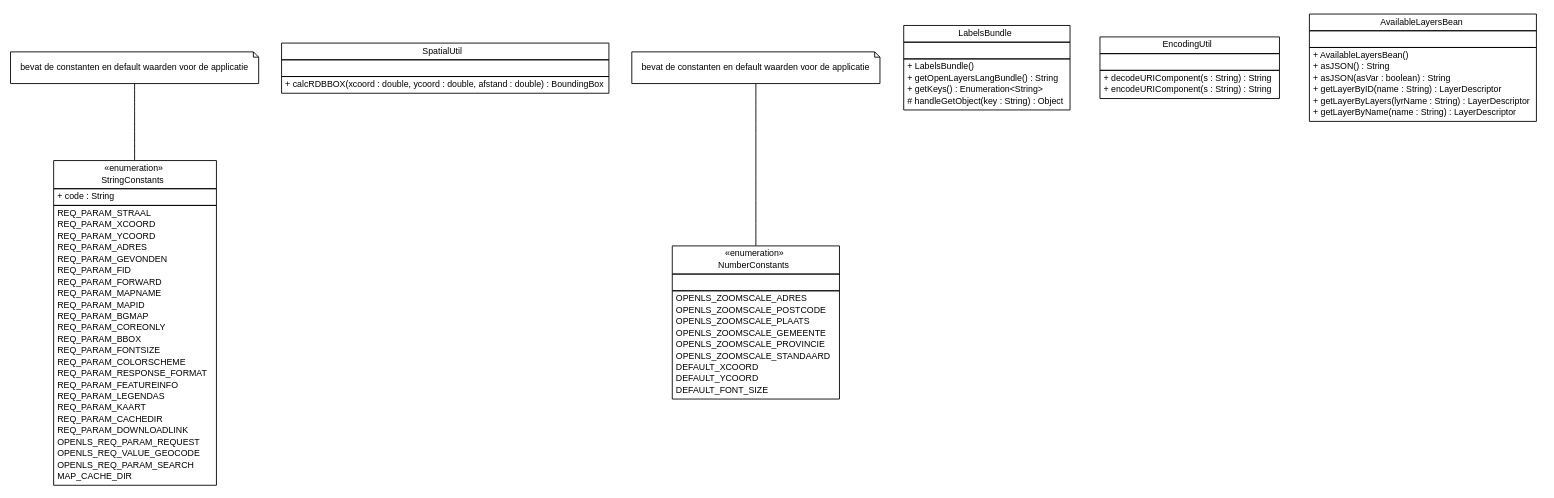
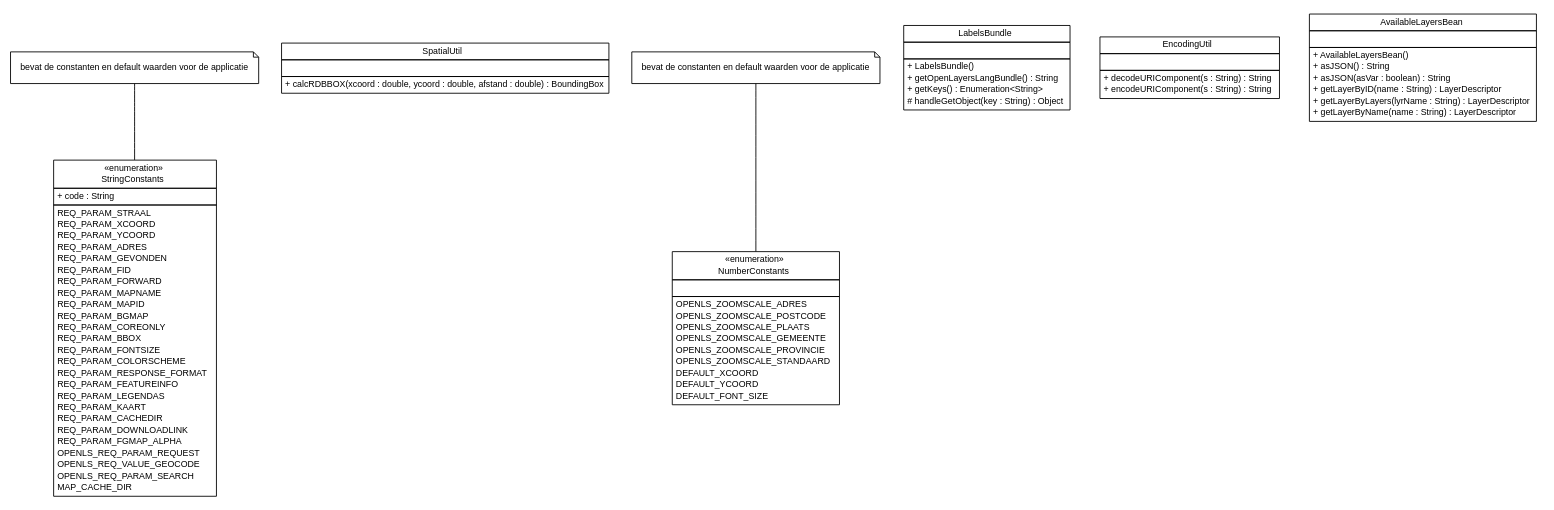
The diagram in apidocs/nl/mineleni/cbsviewer/util/nl.mineleni.cbsviewer.util.dot (MinELenI/CBSviewer), drawn with Graphviz before and after one commit. The commit also changed 461 other files, not shown here.

```diff
--- a/apidocs/nl/mineleni/cbsviewer/util/nl.mineleni.cbsviewer.util.dot
+++ b/apidocs/nl/mineleni/cbsviewer/util/nl.mineleni.cbsviewer.util.dot
@@ -1,140 +1,141 @@
 #!/usr/local/bin/dot
 #
 # Class diagram 
 # Generated by UMLGraph version R5_6 (http://www.umlgraph.org/)
 #
 
 digraph G {
 	edge [fontname="arial",fontsize=10,labelfontname="arial",labelfontsize=10];
 	node [fontname="arial",fontsize=10,shape=plaintext];
 	nodesep=0.25;
 	ranksep=0.5;
 	// nl.mineleni.cbsviewer.util.StringConstants
 	c533 [label=<<table title="nl.mineleni.cbsviewer.util.StringConstants" border="0" cellborder="1" cellspacing="0" cellpadding="2" port="p" href="./StringConstants.html">
 		<tr><td><table border="0" cellspacing="0" cellpadding="1">
 <tr><td align="center" balign="center"> &#171;enumeration&#187; </td></tr>
 <tr><td align="center" balign="center"> StringConstants </td></tr>
 		</table></td></tr>
 		<tr><td><table border="0" cellspacing="0" cellpadding="1">
 <tr><td align="left" balign="left"> + code : String </td></tr>
 		</table></td></tr>
 		<tr><td><table border="0" cellspacing="0" cellpadding="1">
 <tr><td align="left" balign="left"> REQ_PARAM_STRAAL </td></tr>
 <tr><td align="left" balign="left"> REQ_PARAM_XCOORD </td></tr>
 <tr><td align="left" balign="left"> REQ_PARAM_YCOORD </td></tr>
 <tr><td align="left" balign="left"> REQ_PARAM_ADRES </td></tr>
 <tr><td align="left" balign="left"> REQ_PARAM_GEVONDEN </td></tr>
 <tr><td align="left" balign="left"> REQ_PARAM_FID </td></tr>
 <tr><td align="left" balign="left"> REQ_PARAM_FORWARD </td></tr>
 <tr><td align="left" balign="left"> REQ_PARAM_MAPNAME </td></tr>
 <tr><td align="left" balign="left"> REQ_PARAM_MAPID </td></tr>
 <tr><td align="left" balign="left"> REQ_PARAM_BGMAP </td></tr>
 <tr><td align="left" balign="left"> REQ_PARAM_COREONLY </td></tr>
 <tr><td align="left" balign="left"> REQ_PARAM_BBOX </td></tr>
 <tr><td align="left" balign="left"> REQ_PARAM_FONTSIZE </td></tr>
 <tr><td align="left" balign="left"> REQ_PARAM_COLORSCHEME </td></tr>
 <tr><td align="left" balign="left"> REQ_PARAM_RESPONSE_FORMAT </td></tr>
 <tr><td align="left" balign="left"> REQ_PARAM_FEATUREINFO </td></tr>
 <tr><td align="left" balign="left"> REQ_PARAM_LEGENDAS </td></tr>
 <tr><td align="left" balign="left"> REQ_PARAM_KAART </td></tr>
 <tr><td align="left" balign="left"> REQ_PARAM_CACHEDIR </td></tr>
 <tr><td align="left" balign="left"> REQ_PARAM_DOWNLOADLINK </td></tr>
+<tr><td align="left" balign="left"> REQ_PARAM_FGMAP_ALPHA </td></tr>
 <tr><td align="left" balign="left"> OPENLS_REQ_PARAM_REQUEST </td></tr>
 <tr><td align="left" balign="left"> OPENLS_REQ_VALUE_GEOCODE </td></tr>
 <tr><td align="left" balign="left"> OPENLS_REQ_PARAM_SEARCH </td></tr>
 <tr><td align="left" balign="left"> MAP_CACHE_DIR </td></tr>
 		</table></td></tr>
 		</table>>, URL="./StringConstants.html", fontname="arial", fontcolor="black", fontsize=10.0];
 	// Note annotation
 	n0cc533 [label=<<table title="nl.mineleni.cbsviewer.util.StringConstants" border="0" cellborder="0" cellspacing="0" cellpadding="2" port="p" href="./StringConstants.html">
 		<tr><td><table border="0" cellspacing="0" cellpadding="1">
 <tr><td align="left" balign="left"> bevat de constanten en default waarden voor de applicatie </td></tr>
 		</table></td></tr>
 		</table>>, fontname="arial", fontcolor="black", fontsize=10.0, shape=note];
 	n0cc533 -> c533:p[arrowhead=none];
 	// nl.mineleni.cbsviewer.util.SpatialUtil
 	c534 [label=<<table title="nl.mineleni.cbsviewer.util.SpatialUtil" border="0" cellborder="1" cellspacing="0" cellpadding="2" port="p" href="./SpatialUtil.html">
 		<tr><td><table border="0" cellspacing="0" cellpadding="1">
 <tr><td align="center" balign="center"> SpatialUtil </td></tr>
 		</table></td></tr>
 		<tr><td><table border="0" cellspacing="0" cellpadding="1">
 <tr><td align="left" balign="left">  </td></tr>
 		</table></td></tr>
 		<tr><td><table border="0" cellspacing="0" cellpadding="1">
 <tr><td align="left" balign="left"> + calcRDBBOX(xcoord : double, ycoord : double, afstand : double) : BoundingBox </td></tr>
 		</table></td></tr>
 		</table>>, URL="./SpatialUtil.html", fontname="arial", fontcolor="black", fontsize=10.0];
 	// nl.mineleni.cbsviewer.util.NumberConstants
 	c535 [label=<<table title="nl.mineleni.cbsviewer.util.NumberConstants" border="0" cellborder="1" cellspacing="0" cellpadding="2" port="p" href="./NumberConstants.html">
 		<tr><td><table border="0" cellspacing="0" cellpadding="1">
 <tr><td align="center" balign="center"> &#171;enumeration&#187; </td></tr>
 <tr><td align="center" balign="center"> NumberConstants </td></tr>
 		</table></td></tr>
 		<tr><td><table border="0" cellspacing="0" cellpadding="1">
 <tr><td align="left" balign="left">  </td></tr>
 		</table></td></tr>
 		<tr><td><table border="0" cellspacing="0" cellpadding="1">
 <tr><td align="left" balign="left"> OPENLS_ZOOMSCALE_ADRES </td></tr>
 <tr><td align="left" balign="left"> OPENLS_ZOOMSCALE_POSTCODE </td></tr>
 <tr><td align="left" balign="left"> OPENLS_ZOOMSCALE_PLAATS </td></tr>
 <tr><td align="left" balign="left"> OPENLS_ZOOMSCALE_GEMEENTE </td></tr>
 <tr><td align="left" balign="left"> OPENLS_ZOOMSCALE_PROVINCIE </td></tr>
 <tr><td align="left" balign="left"> OPENLS_ZOOMSCALE_STANDAARD </td></tr>
 <tr><td align="left" balign="left"> DEFAULT_XCOORD </td></tr>
 <tr><td align="left" balign="left"> DEFAULT_YCOORD </td></tr>
 <tr><td align="left" balign="left"> DEFAULT_FONT_SIZE </td></tr>
 		</table></td></tr>
 		</table>>, URL="./NumberConstants.html", fontname="arial", fontcolor="black", fontsize=10.0];
 	// Note annotation
 	n0cc535 [label=<<table title="nl.mineleni.cbsviewer.util.NumberConstants" border="0" cellborder="0" cellspacing="0" cellpadding="2" port="p" href="./NumberConstants.html">
 		<tr><td><table border="0" cellspacing="0" cellpadding="1">
 <tr><td align="left" balign="left"> bevat de constanten en default waarden voor de applicatie </td></tr>
 		</table></td></tr>
 		</table>>, fontname="arial", fontcolor="black", fontsize=10.0, shape=note];
 	n0cc535 -> c535:p[arrowhead=none];
 	// nl.mineleni.cbsviewer.util.LabelsBundle
 	c536 [label=<<table title="nl.mineleni.cbsviewer.util.LabelsBundle" border="0" cellborder="1" cellspacing="0" cellpadding="2" port="p" href="./LabelsBundle.html">
 		<tr><td><table border="0" cellspacing="0" cellpadding="1">
 <tr><td align="center" balign="center"> LabelsBundle </td></tr>
 		</table></td></tr>
 		<tr><td><table border="0" cellspacing="0" cellpadding="1">
 <tr><td align="left" balign="left">  </td></tr>
 		</table></td></tr>
 		<tr><td><table border="0" cellspacing="0" cellpadding="1">
 <tr><td align="left" balign="left"> + LabelsBundle() </td></tr>
 <tr><td align="left" balign="left"> + getOpenLayersLangBundle() : String </td></tr>
 <tr><td align="left" balign="left"> + getKeys() : Enumeration&lt;String&gt; </td></tr>
 <tr><td align="left" balign="left"> # handleGetObject(key : String) : Object </td></tr>
 		</table></td></tr>
 		</table>>, URL="./LabelsBundle.html", fontname="arial", fontcolor="black", fontsize=10.0];
 	// nl.mineleni.cbsviewer.util.EncodingUtil
 	c537 [label=<<table title="nl.mineleni.cbsviewer.util.EncodingUtil" border="0" cellborder="1" cellspacing="0" cellpadding="2" port="p" href="./EncodingUtil.html">
 		<tr><td><table border="0" cellspacing="0" cellpadding="1">
 <tr><td align="center" balign="center"> EncodingUtil </td></tr>
 		</table></td></tr>
 		<tr><td><table border="0" cellspacing="0" cellpadding="1">
 <tr><td align="left" balign="left">  </td></tr>
 		</table></td></tr>
 		<tr><td><table border="0" cellspacing="0" cellpadding="1">
 <tr><td align="left" balign="left"> + decodeURIComponent(s : String) : String </td></tr>
 <tr><td align="left" balign="left"> + encodeURIComponent(s : String) : String </td></tr>
 		</table></td></tr>
 		</table>>, URL="./EncodingUtil.html", fontname="arial", fontcolor="black", fontsize=10.0];
 	// nl.mineleni.cbsviewer.util.AvailableLayersBean
 	c538 [label=<<table title="nl.mineleni.cbsviewer.util.AvailableLayersBean" border="0" cellborder="1" cellspacing="0" cellpadding="2" port="p" href="./AvailableLayersBean.html">
 		<tr><td><table border="0" cellspacing="0" cellpadding="1">
 <tr><td align="center" balign="center"> AvailableLayersBean </td></tr>
 		</table></td></tr>
 		<tr><td><table border="0" cellspacing="0" cellpadding="1">
 <tr><td align="left" balign="left">  </td></tr>
 		</table></td></tr>
 		<tr><td><table border="0" cellspacing="0" cellpadding="1">
 <tr><td align="left" balign="left"> + AvailableLayersBean() </td></tr>
 <tr><td align="left" balign="left"> + asJSON() : String </td></tr>
 <tr><td align="left" balign="left"> + asJSON(asVar : boolean) : String </td></tr>
 <tr><td align="left" balign="left"> + getLayerByID(name : String) : LayerDescriptor </td></tr>
 <tr><td align="left" balign="left"> + getLayerByLayers(lyrName : String) : LayerDescriptor </td></tr>
 <tr><td align="left" balign="left"> + getLayerByName(name : String) : LayerDescriptor </td></tr>
 		</table></td></tr>
 		</table>>, URL="./AvailableLayersBean.html", fontname="arial", fontcolor="black", fontsize=10.0];
 }
```
